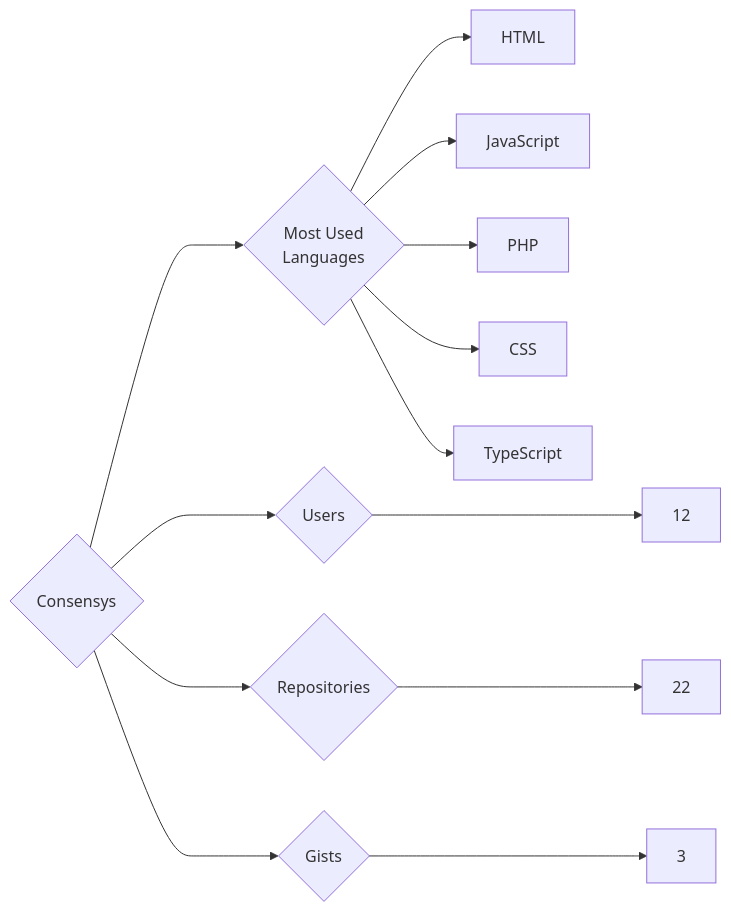
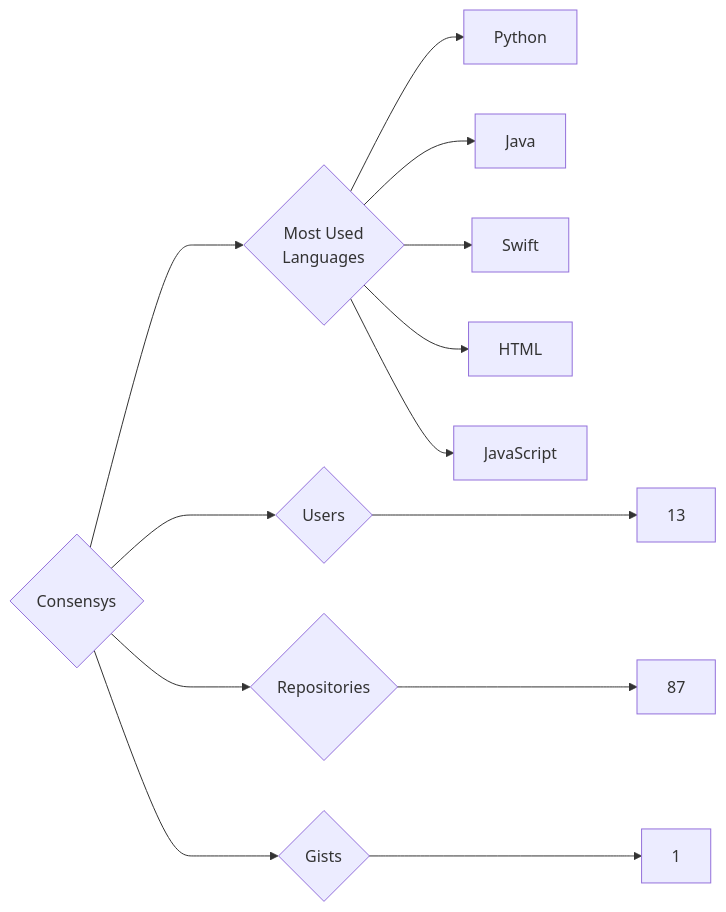
One commit to trickest/insiders changed the diagram in targets/Consensys/README.md. Above: the diagram before and after it, drawn with Mermaid. The commit also changed 1141 other files, not shown here.

````diff
--- a/targets/Consensys/README.md
+++ b/targets/Consensys/README.md
@@ -3,13 +3,13 @@
 ```mermaid
 graph LR
 COMPANY_NAME{Consensys}
-COMPANY_NAME ---> U{Users} ---> UN[12]
-COMPANY_NAME ---> R{Repositories} ---> RN[22]
-COMPANY_NAME ---> G{Gists} ---> GN[3]
+COMPANY_NAME ---> U{Users} ---> UN[13]
+COMPANY_NAME ---> R{Repositories} ---> RN[87]
+COMPANY_NAME ---> G{Gists} ---> GN[1]
 COMPANY_NAME ---> ML{Most Used<br>Languages}
+ML --> Python[Python]
+ML --> Java[Java]
+ML --> Swift[Swift]
 ML --> HTML[HTML]
 ML --> JavaScript[JavaScript]
-ML --> PHP[PHP]
-ML --> CSS[CSS]
-ML --> TypeScript[TypeScript]
 ```
````
